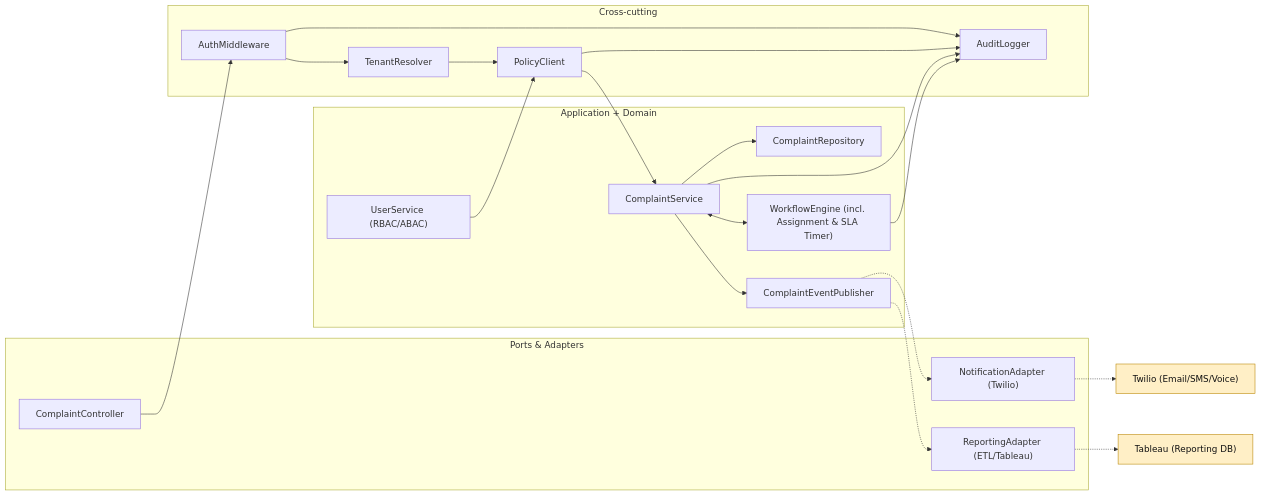
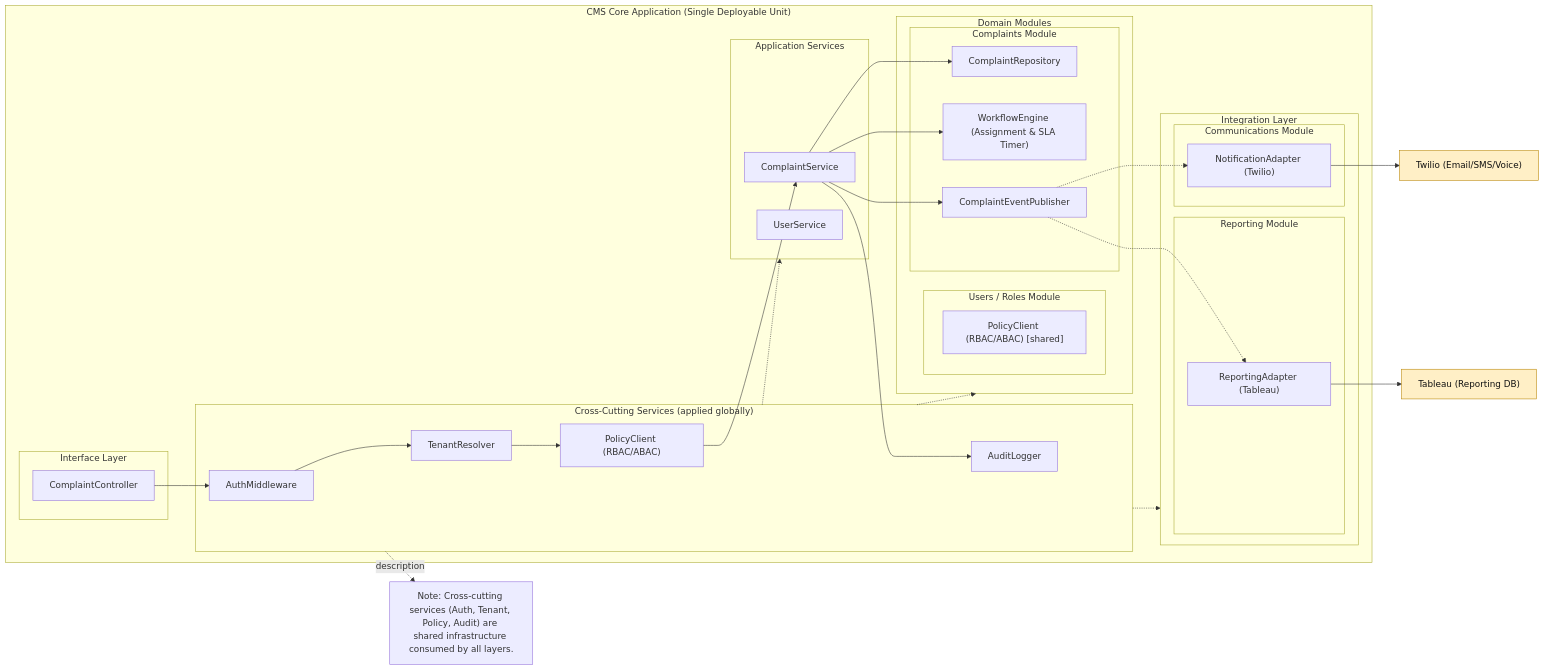
Before and after one commit to TomGrout/SAAD-Assessment-Files: the diagram in C4 Diagrams/C4-level3-component-diagram.mmd, drawn with Mermaid. The commit also changed 5 other files, not shown here.

```diff
--- a/C4 Diagrams/C4-level3-component-diagram.mmd
+++ b/C4 Diagrams/C4-level3-component-diagram.mmd
@@ -1,56 +1,96 @@
 flowchart LR
   %% =========================
-  %% SCOPE: Inside CMS Core
+  %% Final Refined Level 3 – Modular Monolith with Module Boundaries
   %% =========================
+classDef interface fill:#8ebeff,stroke:#335a8e,stroke-width:1px,color:#111;
+classDef domain fill:#b8e3c0,stroke:#3d7a4a,stroke-width:1px,color:#111;
+classDef integration fill:#cbb8f0,stroke:#604c91,stroke-width:1px,color:#111;
+classDef crosscutting fill:#e8e8e8,stroke:#666,stroke-width:1px,color:#111;
+classDef external fill:#ffefc6,stroke:#b88400,stroke-width:1px,color:#111;
 
-  %% --- Adapters (inbound + outbound) ---
-  subgraph Adapters["Ports & Adapters"]
-    ComplCtrl["ComplaintController"]
-    NotifAdapter["NotificationAdapter (Twilio)"]
-    ReportAdapter["ReportingAdapter (ETL/Tableau)"]
+class ComplCtrl interface;
+class ComplRepo,WFEng,EventPub domain;
+class NotifAdapter,ReportAdapter integration;
+class AuthMW,TenantRes,PolicyCli,AuditLog crosscutting;
+class TwilioExt,TableauExt external;
+
+  subgraph CMSCore["CMS Core Application (Single Deployable Unit)"]
+
+    %% --- Cross-cutting services ---
+    subgraph CrossCutting["Cross-Cutting Services (applied globally)"]
+      AuthMW["AuthMiddleware"]
+      TenantRes["TenantResolver"]
+      PolicyCli["PolicyClient (RBAC/ABAC)"]
+      AuditLog["AuditLogger"]
+    end
+
+    %% --- Interface Layer ---
+    subgraph InterfaceLayer["Interface Layer"]
+      ComplCtrl["ComplaintController"]
+    end
+
+    %% --- Application Services ---
+    subgraph ApplicationServices["Application Services"]
+      ComplSvc["ComplaintService"]
+      UserSvc["UserService"]
+    end
+
+    %% --- Domain Modules (functional boundaries) ---
+    subgraph DomainModules["Domain Modules"]
+      subgraph Complaints["Complaints Module"]
+        ComplRepo["ComplaintRepository"]
+        WFEng["WorkflowEngine (Assignment & SLA Timer)"]
+        EventPub["ComplaintEventPublisher"]
+      end
+
+      subgraph Users["Users / Roles Module"]
+        PolicyCli2["PolicyClient (RBAC/ABAC) [shared]"]
+      end
+    end
+
+    %% --- Integration Layer ---
+    subgraph IntegrationLayer["Integration Layer"]
+      subgraph Communications["Communications Module"]
+        NotifAdapter["NotificationAdapter (Twilio)"]
+      end
+      subgraph Reporting["Reporting Module"]
+        ReportAdapter["ReportingAdapter (Tableau)"]
+      end
+    end
   end
 
-  %% --- Cross-cutting concerns ---
-  subgraph CrossCutting["Cross-cutting"]
-    AuthMW["AuthMiddleware"]
-    TenantRes["TenantResolver"]
-    PolicyCli["PolicyClient"]
-    AuditLog["AuditLogger"]
-  end
-
-  %% --- Application/Domain services ---
-  subgraph DomainApp["Application + Domain"]
-    ComplSvc["ComplaintService"]
-    ComplRepo["ComplaintRepository"]
-    ComplEvtPub["ComplaintEventPublisher"]
-    UserSvc["UserService (RBAC/ABAC)"]
-    FlowEng["WorkflowEngine (incl. Assignment & SLA Timer)"]
-  end
-
-  %% --- Request path (synchronous) ---
-  ComplCtrl --> AuthMW --> TenantRes --> PolicyCli --> ComplSvc
-  ComplSvc --> ComplRepo
-  ComplSvc <--> FlowEng
-  UserSvc --> PolicyCli
-
-  %% --- Domain events (async) ---
-  ComplSvc --> ComplEvtPub
-  ComplEvtPub -.-> NotifAdapter
-  ComplEvtPub -.-> ReportAdapter
-
-  %% --- Cross-cutting taps ---
-  AuthMW --> AuditLog
-  PolicyCli --> AuditLog
-  ComplSvc --> AuditLog
-  FlowEng --> AuditLog
-
-  %% --- External systems (edges of container) ---
+  %% --- External Systems ---
   TwilioExt["Twilio (Email/SMS/Voice)"]:::external
   TableauExt["Tableau (Reporting DB)"]:::external
 
-  %% Outbound adapters to externals (dashed)
-  NotifAdapter -.-> TwilioExt
-  ReportAdapter -.-> TableauExt
+  %% ======== Relationships ========
 
-  %% --- Styling for external boxes ---
-  classDef external fill:#ffefc6,stroke:#b88400,color:#111,stroke-width:1px;
+  %% Request flow
+  ComplCtrl --> AuthMW
+  AuthMW --> TenantRes
+  TenantRes --> PolicyCli
+  PolicyCli --> ComplSvc
+  ComplSvc --> ComplRepo
+  ComplSvc --> WFEng
+  ComplSvc --> EventPub
+  ComplSvc --> AuditLog
+
+  %% Async events to integrations
+  EventPub -.-> NotifAdapter
+  EventPub -.-> ReportAdapter
+
+  %% Integrations to externals
+  NotifAdapter --> TwilioExt
+  ReportAdapter --> TableauExt
+
+  %% Cross-cutting applies globally
+  CrossCutting -.-> ApplicationServices
+  CrossCutting -.-> DomainModules
+  CrossCutting -.-> IntegrationLayer
+
+  %% --- Styles ---
+  classDef external fill:#ffefc6,stroke:#b88400,stroke-width:1px,color:#111;
+
+  %% --- Global note (must be separate from any node) ---
+  NoteGlobal["Note: Cross-cutting services (Auth, Tenant, Policy, Audit) are shared infrastructure consumed by all layers."]
+  CrossCutting -. description .-> NoteGlobal
```
